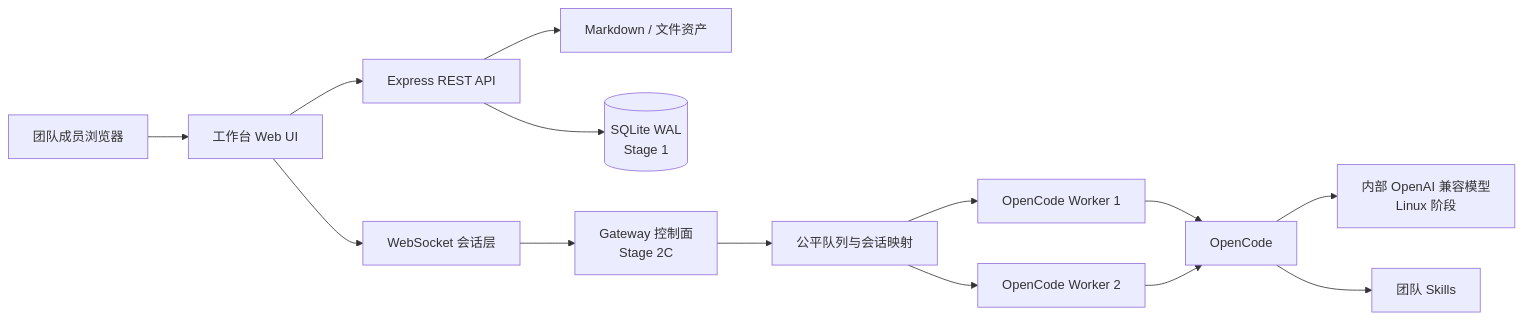
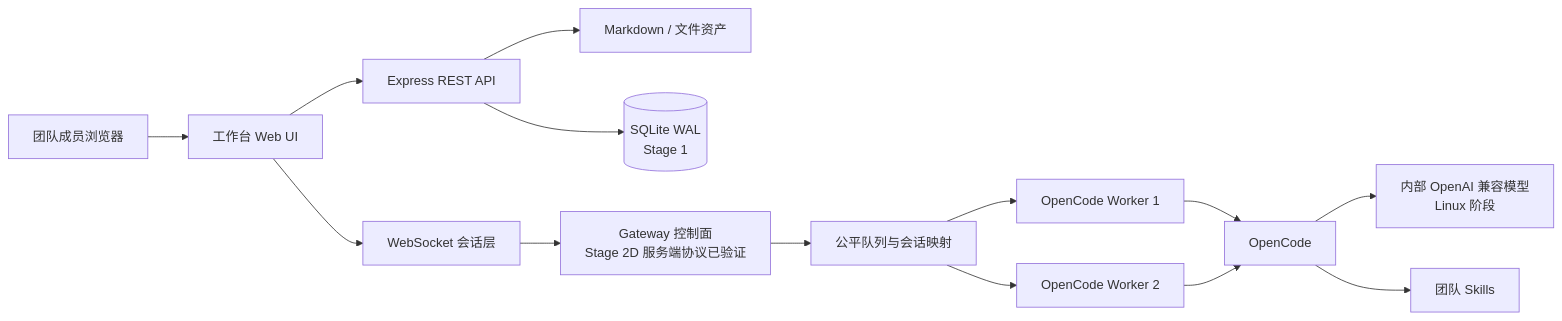
Before and after one commit to rainerzhao/opencode-ia: the second of 2 diagrams in README.md, drawn with Mermaid. The commit also changed other lines of this file and 13 other files, not shown here.

````diff
--- a/README.md
+++ b/README.md
@@ -98,16 +98,16 @@
 ```mermaid
 flowchart LR
     U[团队成员浏览器] --> W[工作台 Web UI]
     W --> A[Express REST API]
     W --> S[WebSocket 会话层]
     A --> F[Markdown / 文件资产]
     A --> D[(SQLite WAL<br/>Stage 1)]
-    S --> G[Gateway 控制面<br/>Stage 2C]
+    S --> G[Gateway 控制面<br/>Stage 2D 服务端协议已验证]
     G --> Q[公平队列与会话映射]
     Q --> W1[OpenCode Worker 1]
     Q --> W2[OpenCode Worker 2]
     W1 --> O[OpenCode]
     W2 --> O
     O --> M[内部 OpenAI 兼容模型<br/>Linux 阶段]
     O --> K[团队 Skills]
 ```
````
